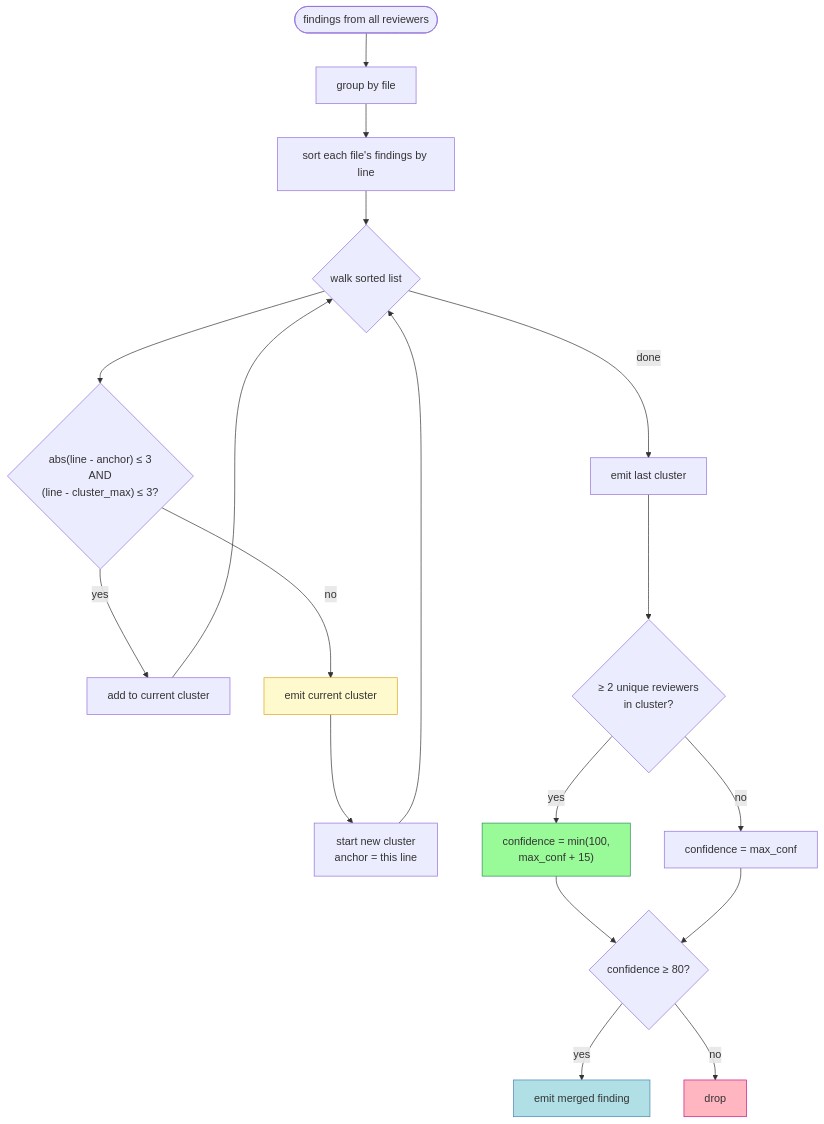
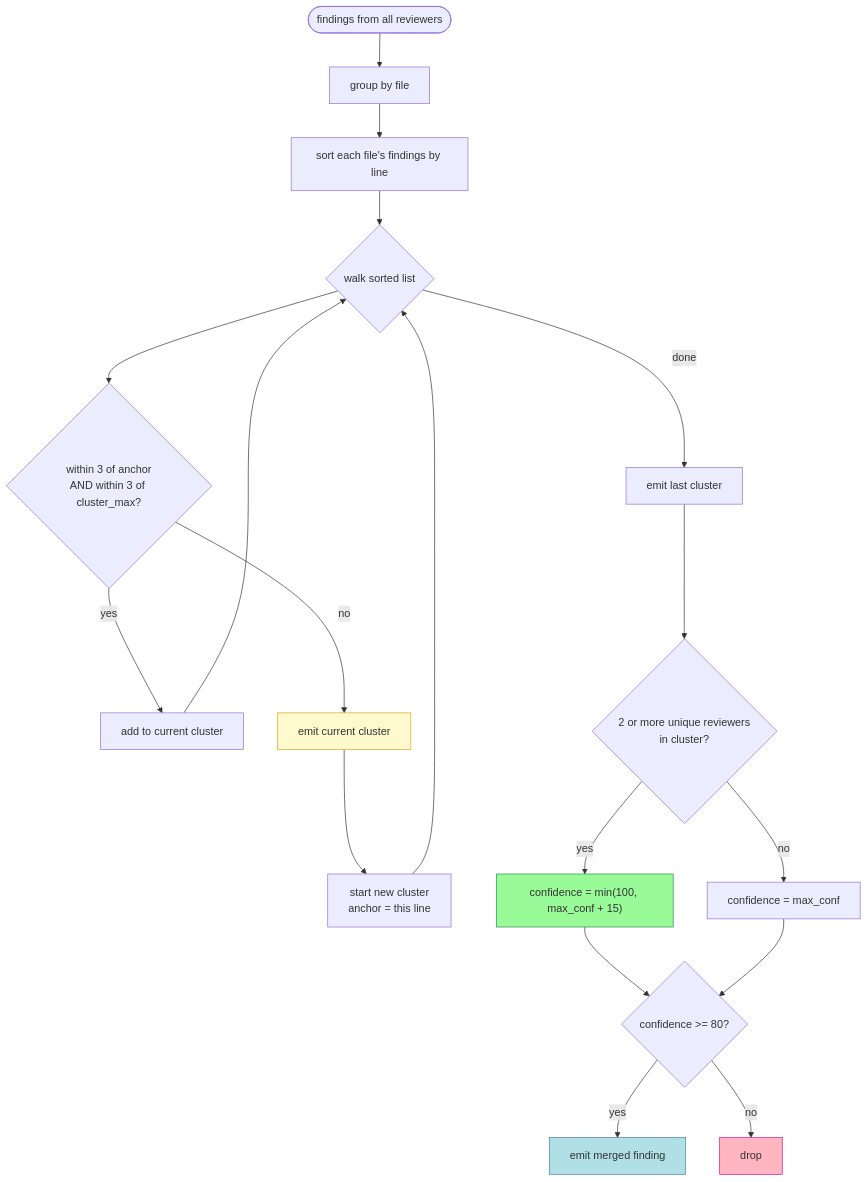
The second of 3 diagrams in README.md (jimstratus/argus), drawn with Mermaid before and after one commit. The commit also changed other lines of this file, not shown here.

First line of the commit message:
fix(readme): mermaid render error — replace Unicode comparison operators with ASCII, standardize br tags, quote all labels

````diff
--- a/README.md
+++ b/README.md
@@ -240,25 +238,25 @@
 ```mermaid
 flowchart TB
-    Start([findings from all reviewers]) --> Group[group by file]
-    Group --> Sort[sort each file's findings by line]
-    Sort --> Walk{walk sorted list}
-    Walk --> Check{"abs(line - anchor) ≤ 3<br/>AND<br/>(line - cluster_max) ≤ 3?"}
-    Check -->|yes| Add[add to current cluster]
-    Check -->|no| Emit[emit current cluster]
-    Emit --> NewCluster[start new cluster<br/>anchor = this line]
+    Start(["findings from all reviewers"]) --> Group["group by file"]
+    Group --> Sort["sort each file's findings by line"]
+    Sort --> Walk{"walk sorted list"}
+    Walk --> Check{"within 3 of anchor<br>AND within 3 of cluster_max?"}
+    Check -->|yes| Add["add to current cluster"]
+    Check -->|no| Emit["emit current cluster"]
+    Emit --> NewCluster["start new cluster<br>anchor = this line"]
     Add --> Walk
     NewCluster --> Walk
-    Walk -->|done| Final[emit last cluster]
-    Final --> Boost{"≥ 2 unique reviewers<br/>in cluster?"}
-    Boost -->|yes| BoostY["confidence = min(100,<br/>max_conf + 15)"]
-    Boost -->|no| BoostN[confidence = max_conf]
-    BoostY --> Thresh{confidence ≥ 80?}
+    Walk -->|done| Final["emit last cluster"]
+    Final --> Boost{"2 or more unique reviewers<br>in cluster?"}
+    Boost -->|yes| BoostY["confidence = min(100, max_conf + 15)"]
+    Boost -->|no| BoostN["confidence = max_conf"]
+    BoostY --> Thresh{"confidence >= 80?"}
     BoostN --> Thresh
-    Thresh -->|yes| Keep[emit merged finding]
-    Thresh -->|no| Drop[drop]
+    Thresh -->|yes| Keep["emit merged finding"]
+    Thresh -->|no| Drop["drop"]
 
     style Emit fill:#fffacd,stroke:#daa520
     style BoostY fill:#98fb98,stroke:#2e8b57
     style Drop fill:#ffb6c1,stroke:#c71585
     style Keep fill:#b0e0e6,stroke:#4682b4
 ```
````
